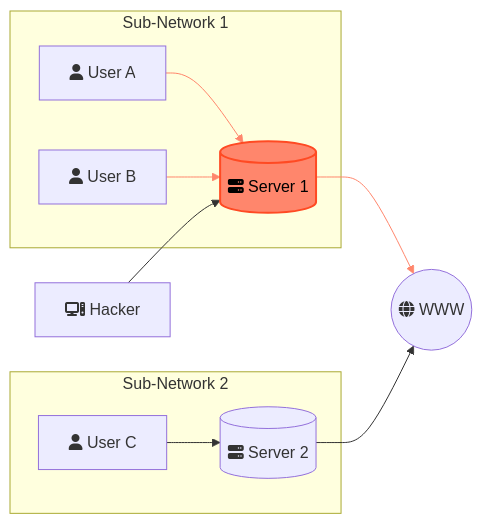
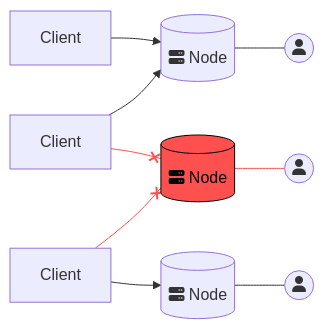
One commit to Trantorian1/notes-rust-blockchain changed the third of 3 diagrams in src/p2p.md. Above: the diagram before and after it, drawn with Mermaid. The commit also changed other lines of this file, not shown here.

````diff
--- a/src/p2p.md
+++ b/src/p2p.md
@@ -38,23 +78,32 @@
 ```mermaid
 flowchart LR
-    classDef serverDown color:#000,fill:#FF866C,stroke:#FF4A23,stroke-width:2px;
+    classDef serverDown fill:#ff5050,stroke:black,color:black
 
-    subgraph "Sub-Network 1"
-        User1[fa:fa-user User A] --> Server1
-        User2[fa:fa-user User B] --> Server1
-    end
+    C1[Client]
+    C2[Client]
+    C3[Client]
 
-    subgraph "Sub-Network 2"
-        User3[fa:fa-user User C] --> Server2
-    end
-  
-    Hacker[fa:fa-computer Hacker] --> Server1
-    Server1[(fa:fa-server Server 1)]:::serverDown --> WWW
-    Server2[(fa:fa-server Server 2)] --> WWW
+    U1((fa:fa-user))
+    U2((fa:fa-user))
+    U3((fa:fa-user))
 
-    WWW((fa:fa-globe WWW))
+    S1[(fa:fa-server Node)]
+    S2[(fa:fa-server Node)]:::serverDown
+    S3[(fa:fa-server Node)]
 
-    linkStyle 0 stroke:#FF866C
-    linkStyle 1 stroke:#FF866C
-    linkStyle 4 stroke:#FF866C
+    S1 --- U1
+    S2 --- U2
+    S3 --- U3
+
+    C1 --> S1
+
+    C2 --x S2
+    C2 --> S1
+
+    C3 --x S2
+    C3 --> S3
+
+    linkStyle 1 stroke:#ff5050
+    linkStyle 4 stroke:#ff5050
+    linkStyle 6 stroke:#ff5050
 ```
````
